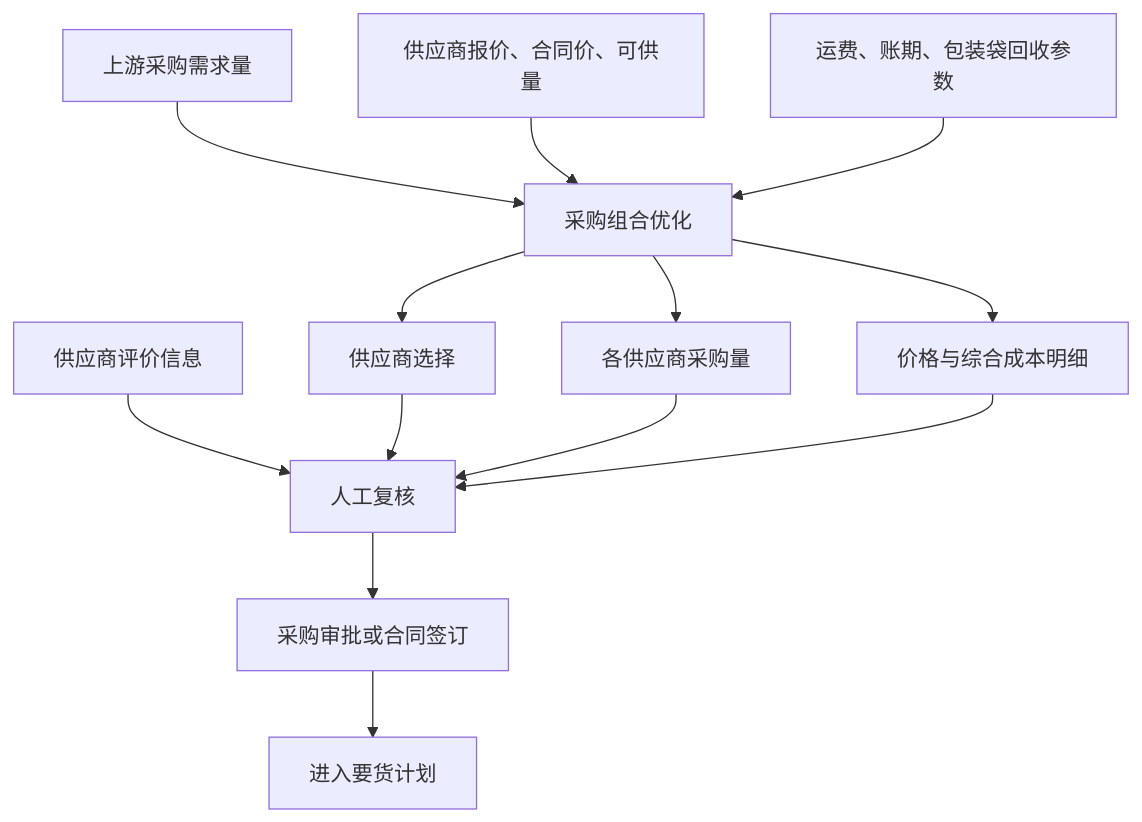
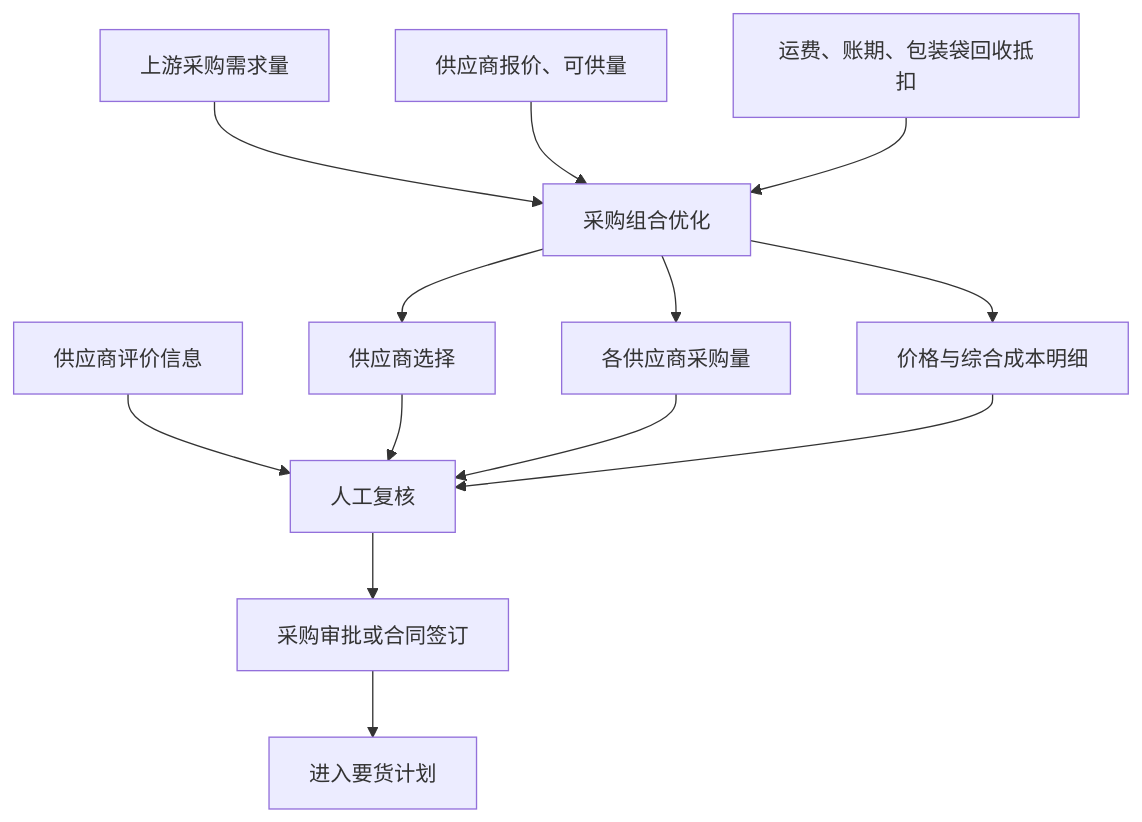
Before and after one commit to DDD71/scos_proj: the diagram in 2-业务蓝图-draft/采购优化模块/采购优化模块技术方案.md, drawn with Mermaid. The commit also changed other lines of this file and 1 other file, not shown here.

````diff
--- a/2-业务蓝图-draft/采购优化模块/采购优化模块技术方案.md
+++ b/2-业务蓝图-draft/采购优化模块/采购优化模块技术方案.md
@@ -49,15 +51,15 @@
 ```mermaid
 flowchart TB
     A["上游采购需求量"] --> D["采购组合优化"]
-    B["供应商报价、合同价、可供量"] --> D
-    C["运费、账期、包装袋回收参数"] --> D
+    B["供应商报价、可供量"] --> D
+    C["运费、账期、包装袋回收抵扣"] --> D
     E["供应商评价信息"] --> F["人工复核"]
     D --> G["供应商选择"]
     D --> H["各供应商采购量"]
     D --> I["价格与综合成本明细"]
     G --> F
     H --> F
     I --> F
     F --> J["采购审批或合同签订"]
     J --> K["进入要货计划"]
 ```
````
